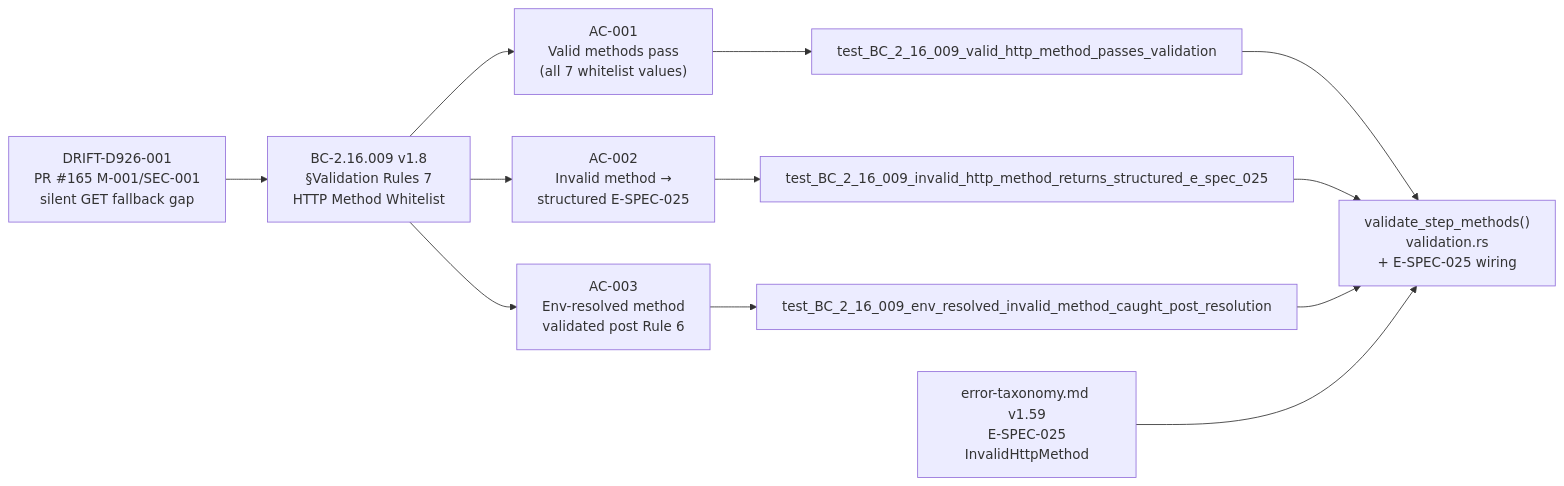
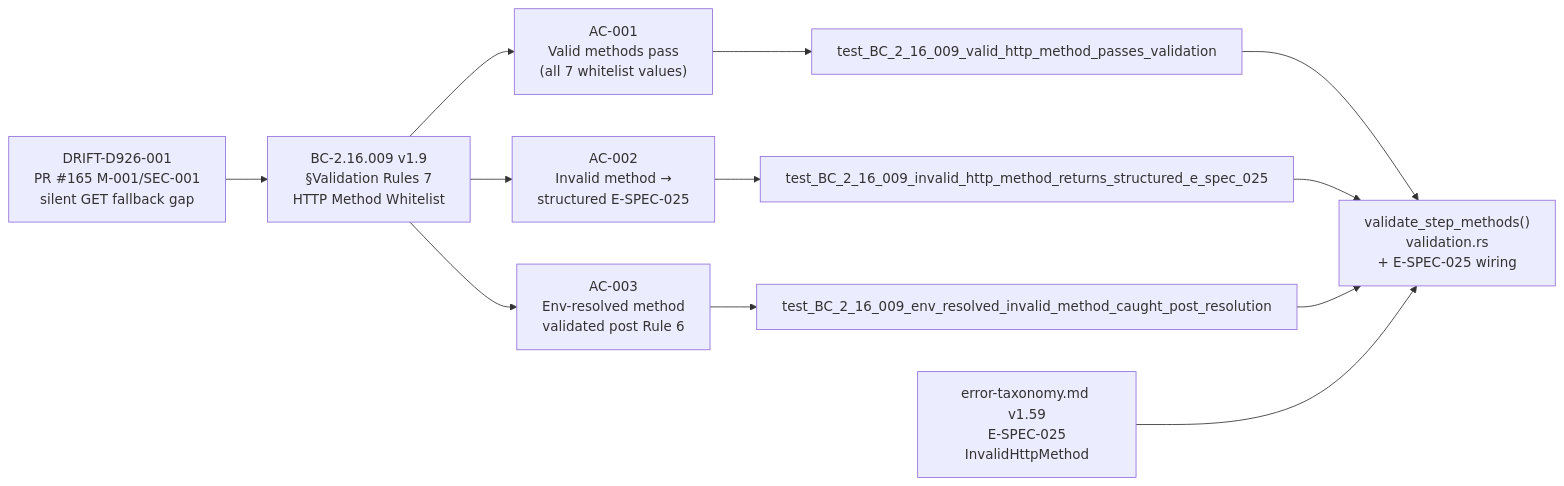
The third of 3 diagrams in code-delivery/S-SPEC-HTTP-METHOD-VALIDATION-001/pr-description.md (drbothen/prism), drawn with Mermaid before and after one commit. The commit also changed other lines of this file and 5 other files, not shown here.

````diff
--- a/code-delivery/S-SPEC-HTTP-METHOD-VALIDATION-001/pr-description.md
+++ b/code-delivery/S-SPEC-HTTP-METHOD-VALIDATION-001/pr-description.md
@@ -56,22 +56,22 @@
 ```mermaid
 flowchart LR
-    BC["BC-2.16.009 v1.8\n§Validation Rules 7\nHTTP Method Whitelist"]
+    BC["BC-2.16.009 v1.9\n§Validation Rules 7\nHTTP Method Whitelist"]
     ET["error-taxonomy.md v1.59\nE-SPEC-025\nInvalidHttpMethod"]
     DRIFT["DRIFT-D926-001\nPR #165 M-001/SEC-001\nsilent GET fallback gap"]
 
     AC001["AC-001\nValid methods pass\n(all 7 whitelist values)"]
     AC002["AC-002\nInvalid method →\nstructured E-SPEC-025"]
     AC003["AC-003\nEnv-resolved method\nvalidated post Rule 6"]
 
     RG001["test_BC_2_16_009_valid_http_method_passes_validation"]
     RG002["test_BC_2_16_009_invalid_http_method_returns_structured_e_spec_025"]
     RG003["test_BC_2_16_009_env_resolved_invalid_method_caught_post_resolution"]
 
     IMPL["validate_step_methods()\nvalidation.rs\n+ E-SPEC-025 wiring"]
 
     BC --> AC001 --> RG001 --> IMPL
     BC --> AC002 --> RG002 --> IMPL
     BC --> AC003 --> RG003 --> IMPL
     ET --> IMPL
     DRIFT --> BC
 ```
````
